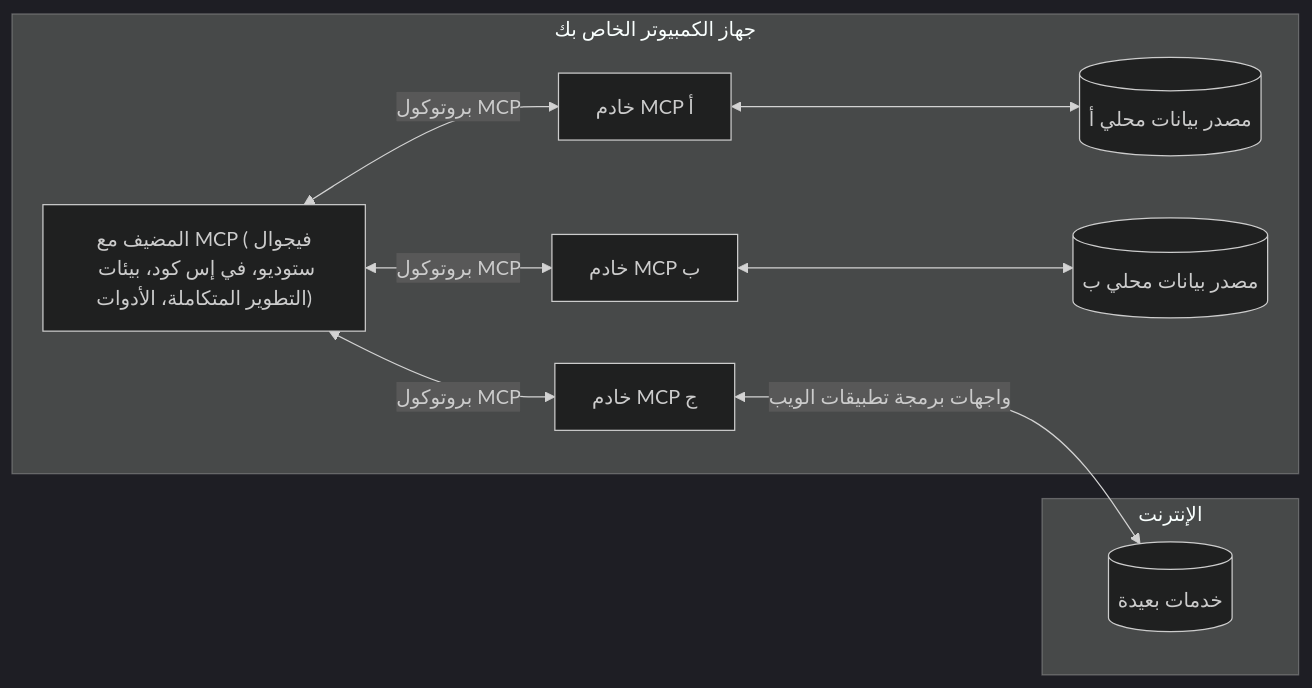
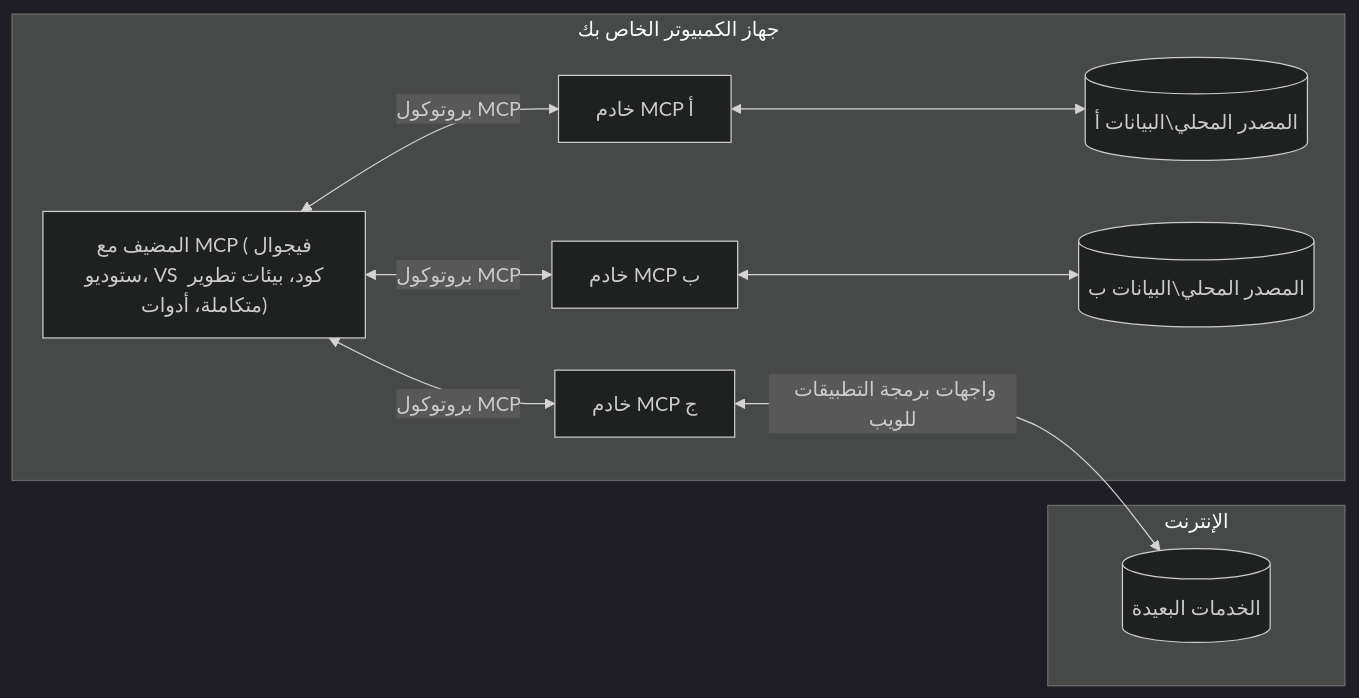
The diagram in mcp_ecosystem__model_context_protocol/mcp_learning_resources/mcp-for-beginners/translations/ar/01-CoreConcepts/README.md (HIDORAKAI002/ai-workspace-archive), drawn with Mermaid (dark theme) before and after one commit. The commit also changed other lines of this file and 1046 other files, not shown here.

````diff
--- a/mcp_ecosystem__model_context_protocol/mcp_learning_resources/mcp-for-beginners/translations/ar/01-CoreConcepts/README.md
+++ b/mcp_ecosystem__model_context_protocol/mcp_learning_resources/mcp-for-beginners/translations/ar/01-CoreConcepts/README.md
@@ -45,17 +45,17 @@
 ```mermaid
 flowchart LR
     subgraph "جهاز الكمبيوتر الخاص بك"
-        Host["المضيف مع MCP (فيجوال ستوديو، في إس كود، بيئات التطوير المتكاملة، الأدوات)"]
+        Host["المضيف مع MCP (فيجوال ستوديو، VS كود، بيئات تطوير متكاملة، أدوات)"]
         S1["خادم MCP أ"]
         S2["خادم MCP ب"]
         S3["خادم MCP ج"]
         Host <-->|"بروتوكول MCP"| S1
         Host <-->|"بروتوكول MCP"| S2
         Host <-->|"بروتوكول MCP"| S3
-        S1 <--> D1[("مصدر بيانات محلي أ")]
-        S2 <--> D2[("مصدر بيانات محلي ب")]
+        S1 <--> D1[("المصدر المحلي\البيانات أ")]
+        S2 <--> D2[("المصدر المحلي\البيانات ب")]
     end
     subgraph "الإنترنت"
-        S3 <-->|"واجهات برمجة تطبيقات الويب"| D3[("خدمات بعيدة")]
+        S3 <-->|"واجهات برمجة التطبيقات للويب"| D3[("الخدمات البعيدة")]
     end
 ```
````
